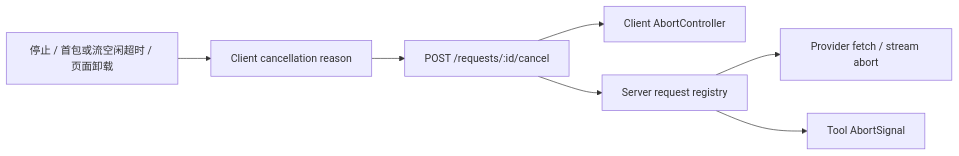
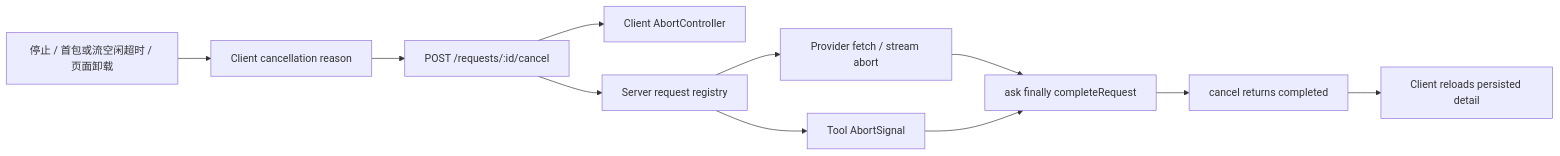
Before and after one commit to imingsmings/chatbot-dev: the eighth of 8 diagrams in docs/architecture.md, drawn with Mermaid. The commit also changed other lines of this file and 5 other files, not shown here.

Commit message:
docs(roadmap): record R16 hardening

````diff
--- a/docs/architecture.md
+++ b/docs/architecture.md
@@ -242,9 +249,13 @@
 ```mermaid
 flowchart LR
   Stop["停止 / 首包或流空闲超时 / 页面卸载"] --> Classify["Client cancellation reason"]
   Classify --> Cancel["POST /requests/:id/cancel"]
   Cancel --> Abort["Client AbortController"]
   Cancel --> Registry["Server request registry"]
   Registry --> ProviderAbort["Provider fetch / stream abort"]
   Registry --> ToolAbort["Tool AbortSignal"]
+  ProviderAbort --> Complete["ask finally completeRequest"]
+  ToolAbort --> Complete
+  Complete --> Ack["cancel returns completed"]
+  Ack --> Reconcile["Client reloads persisted detail"]
 ```
````
